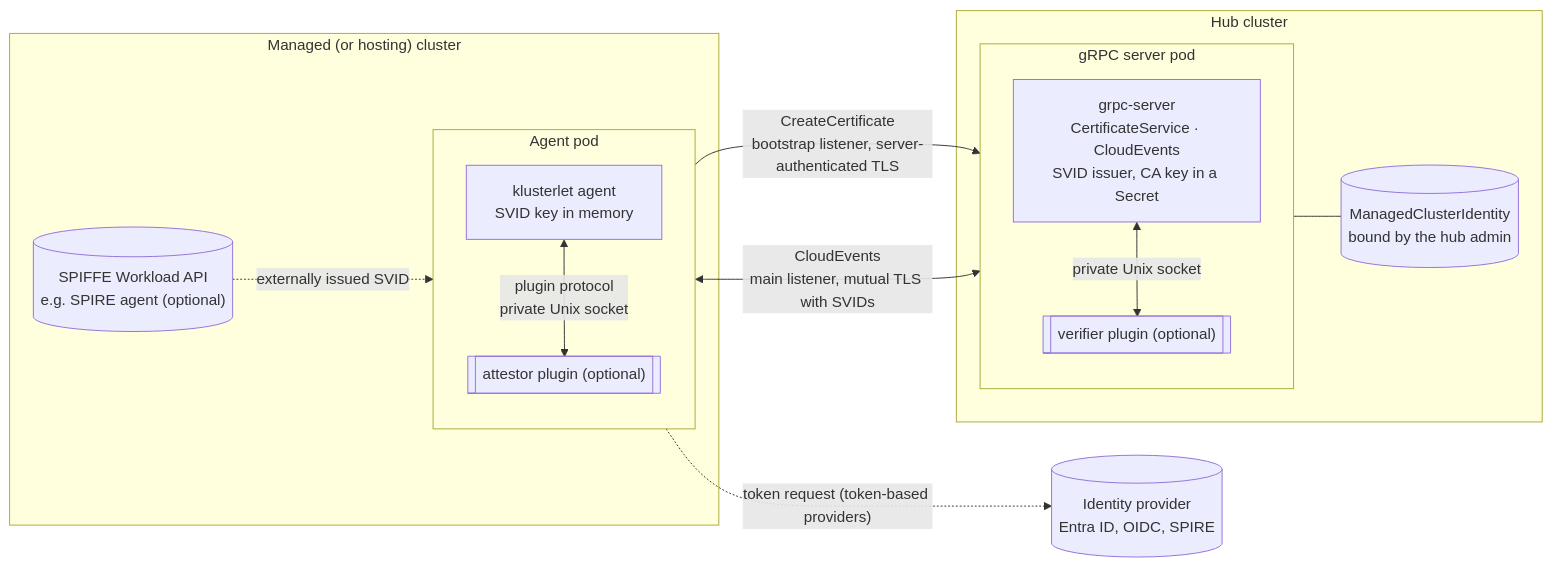
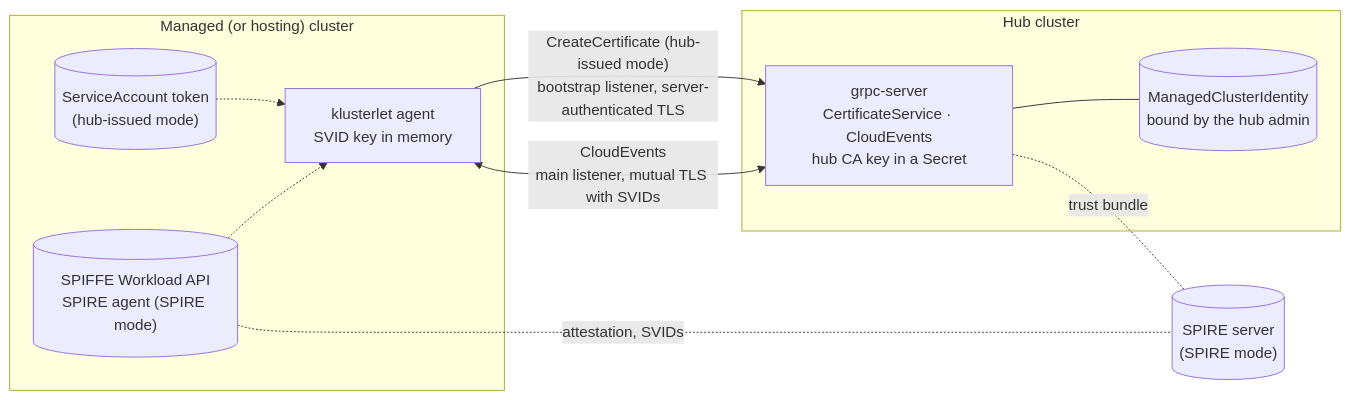
One commit to open-cluster-management-io/enhancements changed the diagram in enhancements/sig-architecture/199-spiffe-pluggable-registration/README.md. Above: the diagram before and after it, drawn with Mermaid. The commit also changed other lines of this file and 1 other file, not shown here.

First line of the commit message:
📝 Scope the KEP to SPIFFE without a server and SPIFFE with SPIRE

````diff
--- a/enhancements/sig-architecture/199-spiffe-pluggable-registration/README.md
+++ b/enhancements/sig-architecture/199-spiffe-pluggable-registration/README.md
@@ -150,27 +128,20 @@
 ```mermaid
 flowchart LR
   subgraph MC["Managed (or hosting) cluster"]
-    subgraph APOD["Agent pod"]
-      direction TB
-      AG["klusterlet agent<br/>SVID key in memory"]
-      AP[["attestor plugin (optional)"]]
-      AG <-- "plugin protocol<br/>private Unix socket" --> AP
-    end
-    WAPI[("SPIFFE Workload API<br/>e.g. SPIRE agent (optional)")]
-    WAPI -. "externally issued SVID" .-> AG
+    AG["klusterlet agent<br/>SVID key in memory"]
+    SA[("ServiceAccount token<br/>(hub-issued mode)")]
+    WAPI[("SPIFFE Workload API<br/>SPIRE agent (SPIRE mode)")]
+    SA -.-> AG
+    WAPI -.-> AG
   end
   subgraph HUB["Hub cluster"]
-    subgraph GPOD["gRPC server pod"]
-      direction TB
-      GS["grpc-server<br/>CertificateService · CloudEvents<br/>SVID issuer, CA key in a Secret"]
-      VP[["verifier plugin (optional)"]]
-      GS <-- "private Unix socket" --> VP
-    end
+    GS["grpc-server<br/>CertificateService · CloudEvents<br/>hub CA key in a Secret"]
     MCI[("ManagedClusterIdentity<br/>bound by the hub admin")]
     GS --- MCI
   end
-  IDP[("Identity provider<br/>Entra ID, OIDC, SPIRE")]
-  AG -. "token request (token-based providers)" .-> IDP
-  AG -- "CreateCertificate<br/>bootstrap listener, server-authenticated TLS" --> GS
+  SPIRE[("SPIRE server<br/>(SPIRE mode)")]
+  WAPI -. "attestation, SVIDs" .- SPIRE
+  GS -. "trust bundle" .- SPIRE
+  AG -- "CreateCertificate (hub-issued mode)<br/>bootstrap listener, server-authenticated TLS" --> GS
   AG <-- "CloudEvents<br/>main listener, mutual TLS with SVIDs" --> GS
 ```
````
